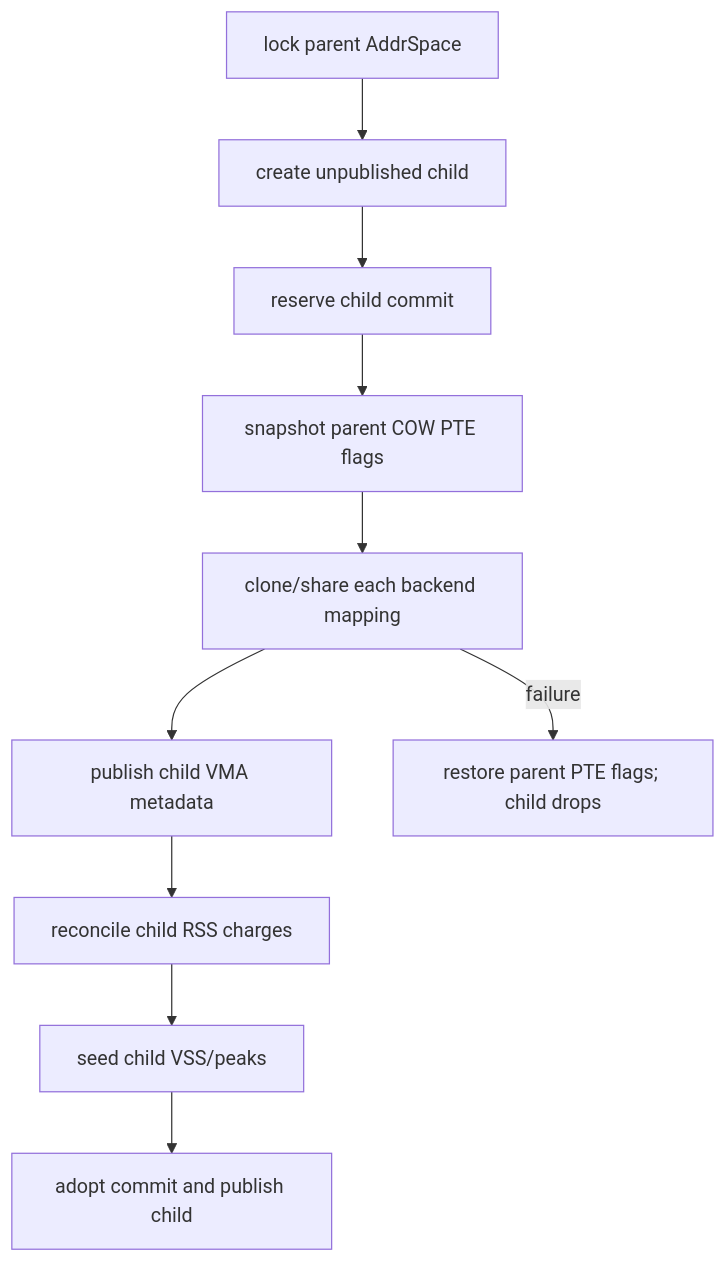
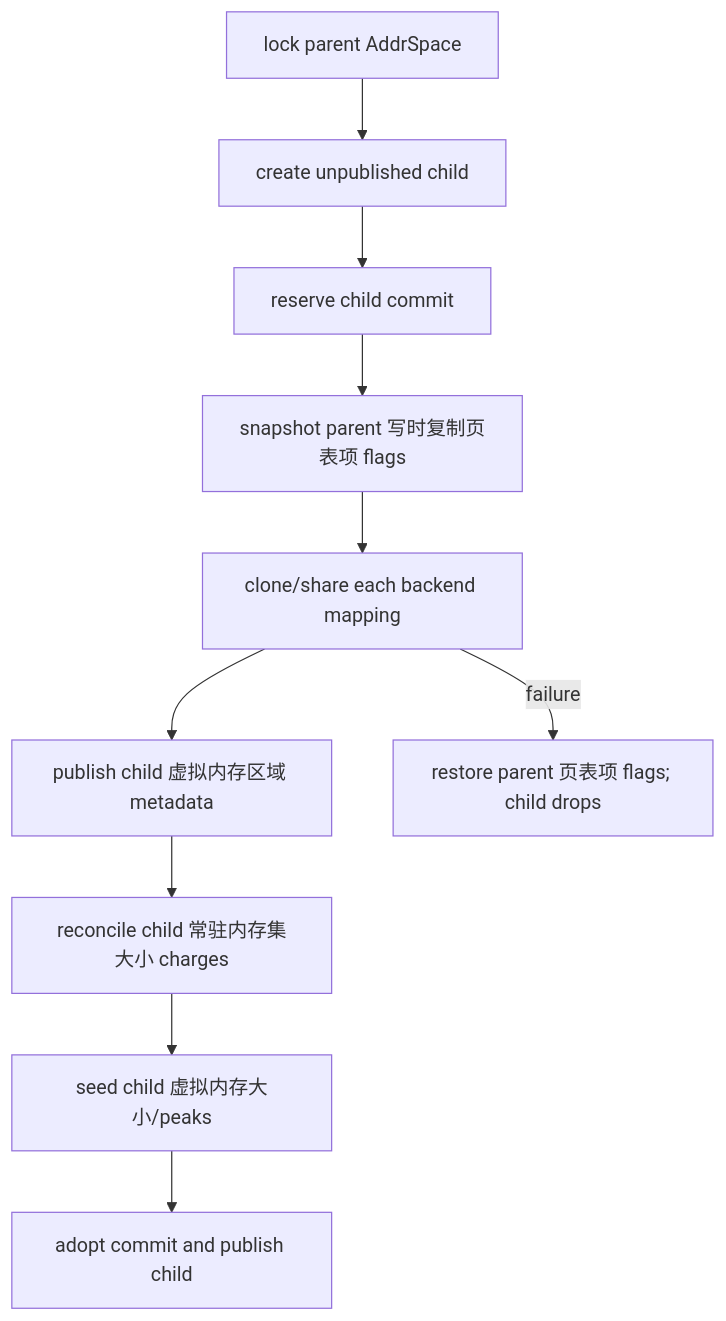
One commit to rcore-os/tgoskits changed the second of 3 diagrams in docs/docs/architecture/memory/starry-mm.md. Above: the diagram before and after it, drawn with Mermaid. The commit also changed other lines of this file and 12 other files, not shown here.

````diff
--- a/docs/docs/architecture/memory/starry-mm.md
+++ b/docs/docs/architecture/memory/starry-mm.md
@@ -146,12 +146,12 @@
 ```mermaid
 flowchart TB
     Begin["lock parent AddrSpace"] --> Child["create unpublished child"]
     Child --> Charge["reserve child commit"]
-    Charge --> Snapshot["snapshot parent COW PTE flags"]
+    Charge --> Snapshot["snapshot parent 写时复制页表项 flags"]
     Snapshot --> Clone["clone/share each backend mapping"]
-    Clone --> ChildMap["publish child VMA metadata"]
-    ChildMap --> Reconcile["reconcile child RSS charges"]
-    Reconcile --> Seed["seed child VSS/peaks"]
+    Clone --> ChildMap["publish child 虚拟内存区域 metadata"]
+    ChildMap --> Reconcile["reconcile child 常驻内存集大小 charges"]
+    Reconcile --> Seed["seed child 虚拟内存大小/peaks"]
     Seed --> Adopt["adopt commit and publish child"]
-    Clone -->|"failure"| Restore["restore parent PTE flags; child drops"]
+    Clone -->|"failure"| Restore["restore parent 页表项 flags; child drops"]
 ```
````
